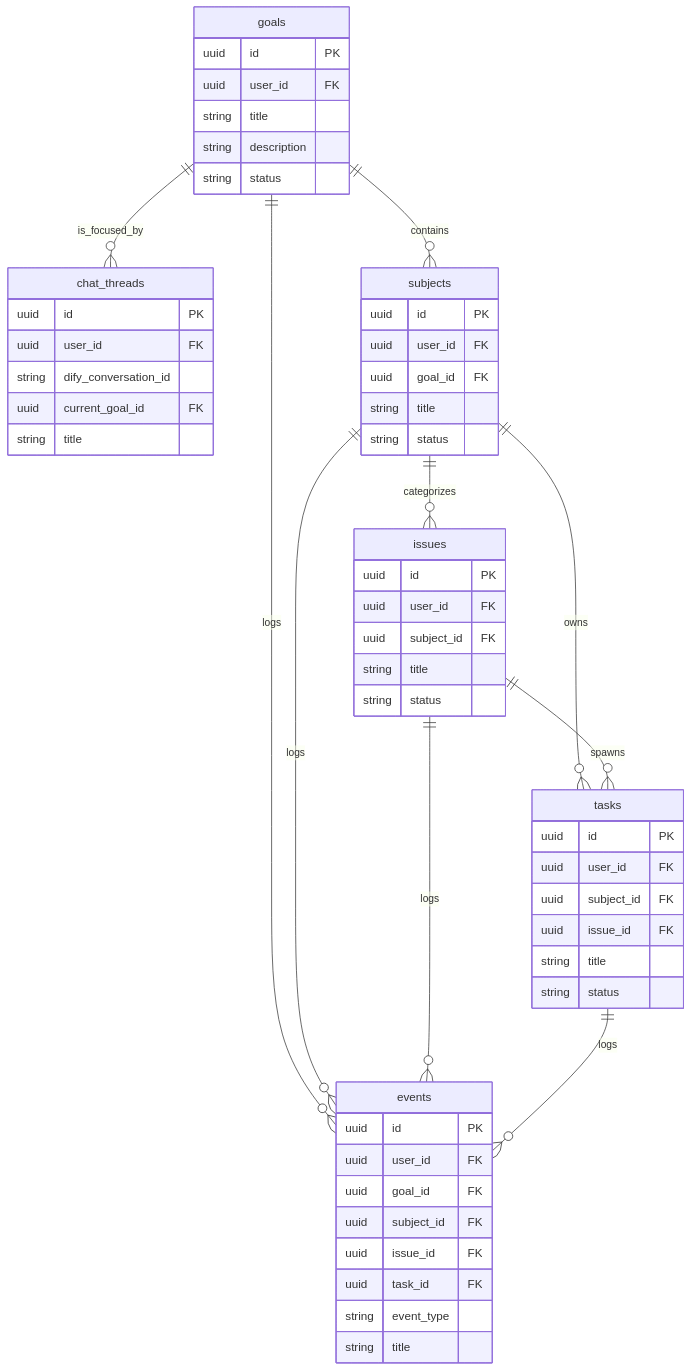
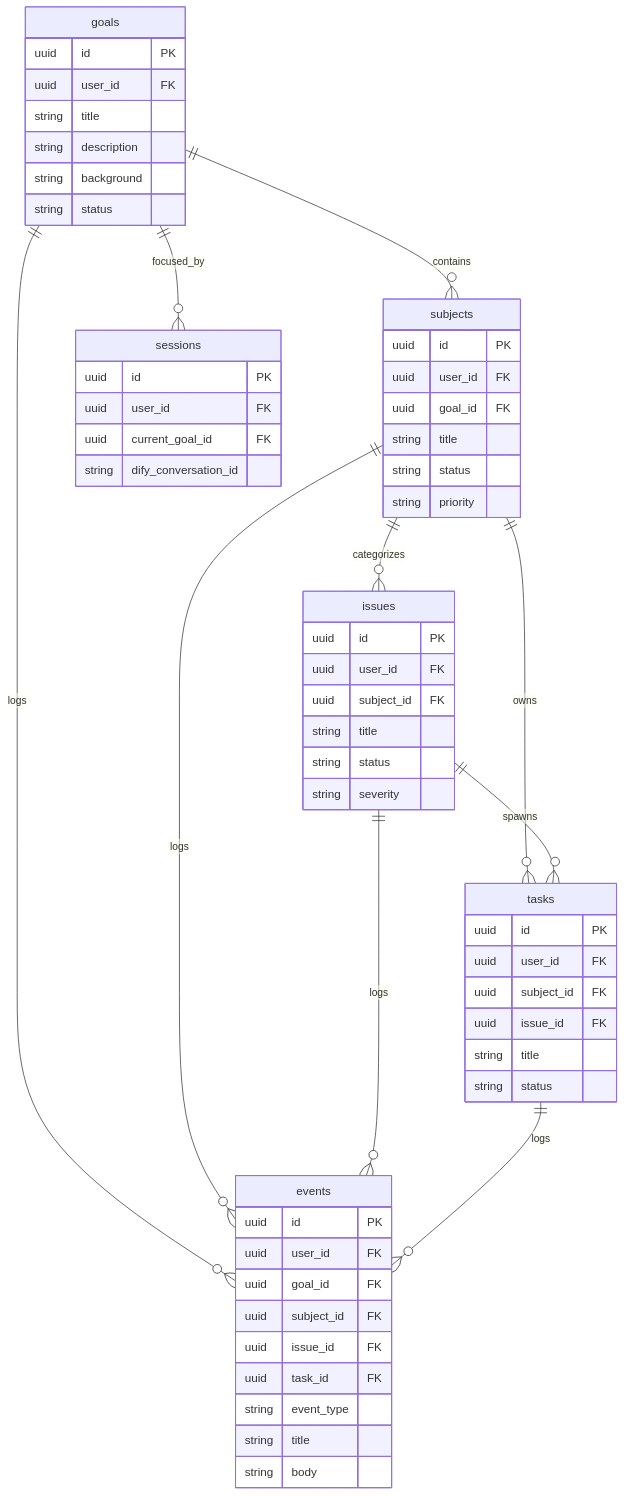
The third of 3 diagrams in docs/system-architecture.md (Subspace-Craftworks/Mindseeker), drawn with Mermaid before and after one commit. The commit also changed other lines of this file and 7 other files, not shown here.

````diff
--- a/docs/system-architecture.md
+++ b/docs/system-architecture.md
@@ -109,59 +129,62 @@
 ```mermaid
 erDiagram
-    chat_threads {
-        uuid id PK
-        uuid user_id FK
-        string dify_conversation_id
-        uuid current_goal_id FK
-        string title
-    }
     goals {
         uuid id PK
         uuid user_id FK
         string title
         string description
+        string background
         string status
     }
     subjects {
         uuid id PK
         uuid user_id FK
         uuid goal_id FK
         string title
         string status
+        string priority
     }
     issues {
         uuid id PK
         uuid user_id FK
         uuid subject_id FK
         string title
         string status
+        string severity
     }
     tasks {
         uuid id PK
         uuid user_id FK
         uuid subject_id FK
         uuid issue_id FK
         string title
         string status
     }
     events {
         uuid id PK
         uuid user_id FK
         uuid goal_id FK
         uuid subject_id FK
         uuid issue_id FK
         uuid task_id FK
         string event_type
         string title
+        string body
+    }
+    sessions {
+        uuid id PK
+        uuid user_id FK
+        uuid current_goal_id FK
+        string dify_conversation_id
     }
 
-    goals ||--o{ chat_threads : "is_focused_by"
     goals ||--o{ subjects : "contains"
     subjects ||--o{ issues : "categorizes"
     subjects ||--o{ tasks : "owns"
     issues ||--o{ tasks : "spawns"
     goals ||--o{ events : "logs"
     subjects ||--o{ events : "logs"
     issues ||--o{ events : "logs"
     tasks ||--o{ events : "logs"
+    goals ||--o{ sessions : "focused_by"
 ```
````
